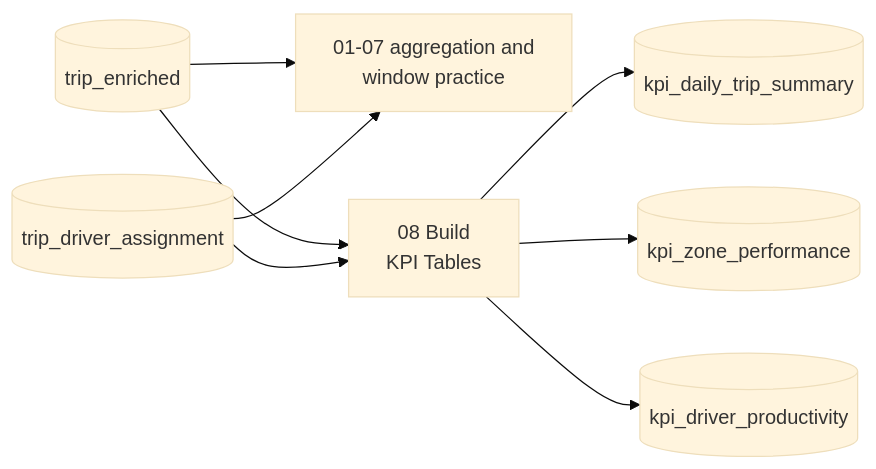
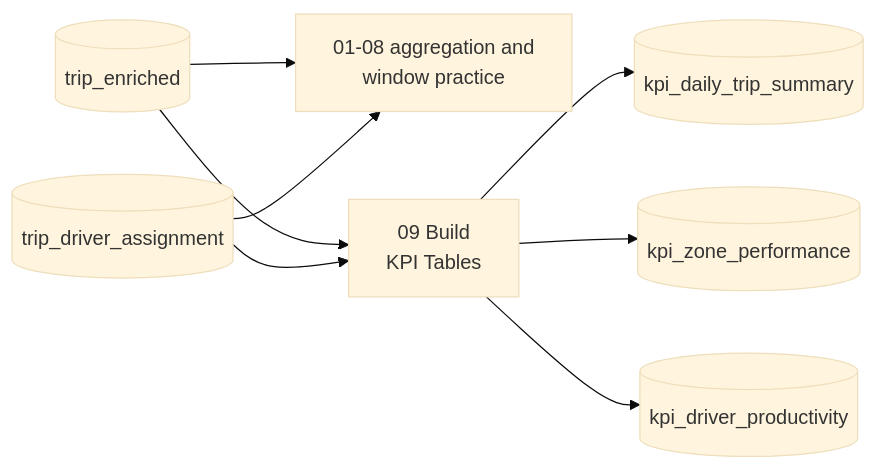
The sixth of 7 diagrams in docs/data/dataset-guide.md (rajdump/pyspark-on-azure-databricks-academy-students), drawn with Mermaid (base theme) before and after one commit. The commit also changed other lines of this file and 26 other files, not shown here.

````diff
--- a/docs/data/dataset-guide.md
+++ b/docs/data/dataset-guide.md
@@ -175,10 +175,10 @@
 ```mermaid
 flowchart LR
-    TE[("trip_enriched")] --> PRACTICE["01-07 aggregation and<br/>window practice"]
+    TE[("trip_enriched")] --> PRACTICE["01-08 aggregation and<br/>window practice"]
     TDA[("trip_driver_assignment")] --> PRACTICE
-    TE --> NB08["08 Build<br/>KPI Tables"]
-    TDA --> NB08
-    NB08 --> K1[("kpi_daily_trip_summary")]
-    NB08 --> K2[("kpi_zone_performance")]
-    NB08 --> K3[("kpi_driver_productivity")]
+    TE --> NB09["09 Build<br/>KPI Tables"]
+    TDA --> NB09
+    NB09 --> K1[("kpi_daily_trip_summary")]
+    NB09 --> K2[("kpi_zone_performance")]
+    NB09 --> K3[("kpi_driver_productivity")]
 ```
````
